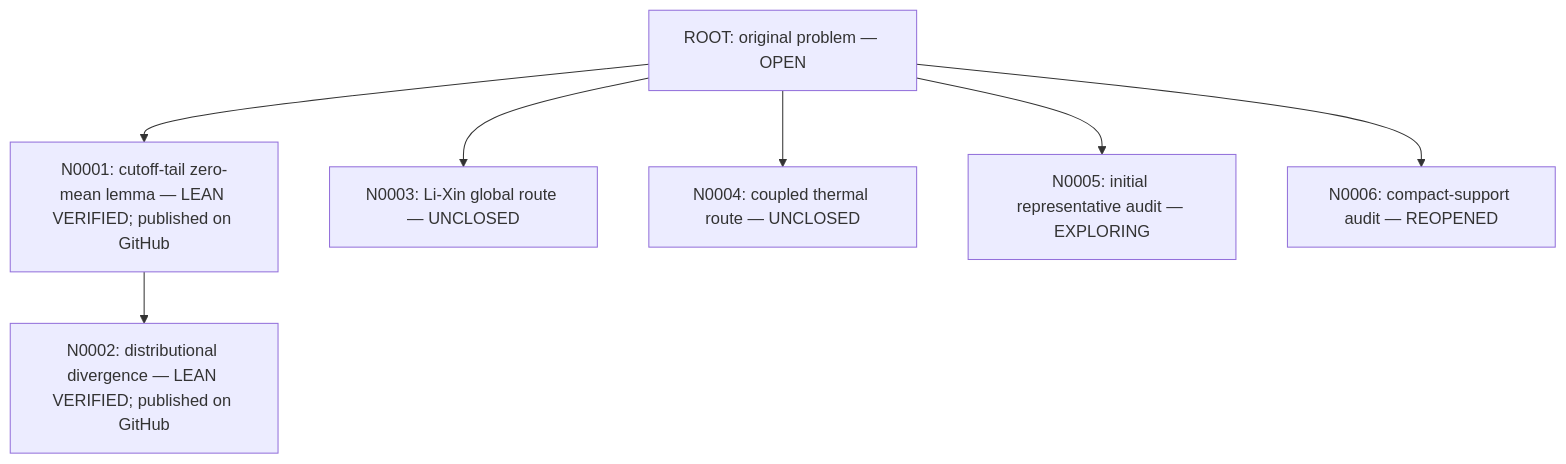
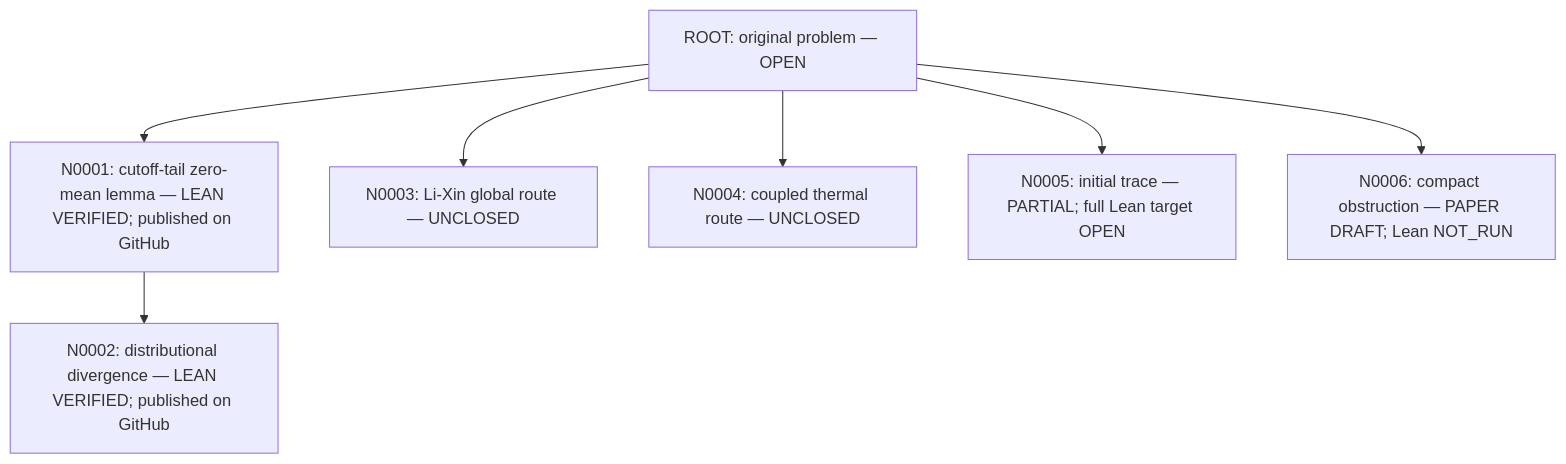
The diagram in README.md (SongXin2357/xiong-fns-general-vacuum), drawn with Mermaid before and after one commit. The commit also changed other lines of this file and 117 other files, not shown here.

Commit message:
Record independent obstruction audit, partial trace formalization, and compiled English drafts

````diff
--- a/README.md
+++ b/README.md
@@ -9,9 +9,9 @@
 ```mermaid
 flowchart TD
  ROOT["ROOT: original problem — OPEN"] --> N0001["N0001: cutoff-tail zero-mean lemma — LEAN VERIFIED; published on GitHub"]
  N0001 --> N0002["N0002: distributional divergence — LEAN VERIFIED; published on GitHub"]
  ROOT --> N0003["N0003: Li-Xin global route — UNCLOSED"]
  ROOT --> N0004["N0004: coupled thermal route — UNCLOSED"]
- ROOT --> N0005["N0005: initial representative audit — EXPLORING"]
- ROOT --> N0006["N0006: compact-support audit — REOPENED"]
+ ROOT --> N0005["N0005: initial trace — PARTIAL; full Lean target OPEN"]
+ ROOT --> N0006["N0006: compact obstruction — PAPER DRAFT; Lean NOT_RUN"]
 ```
````
